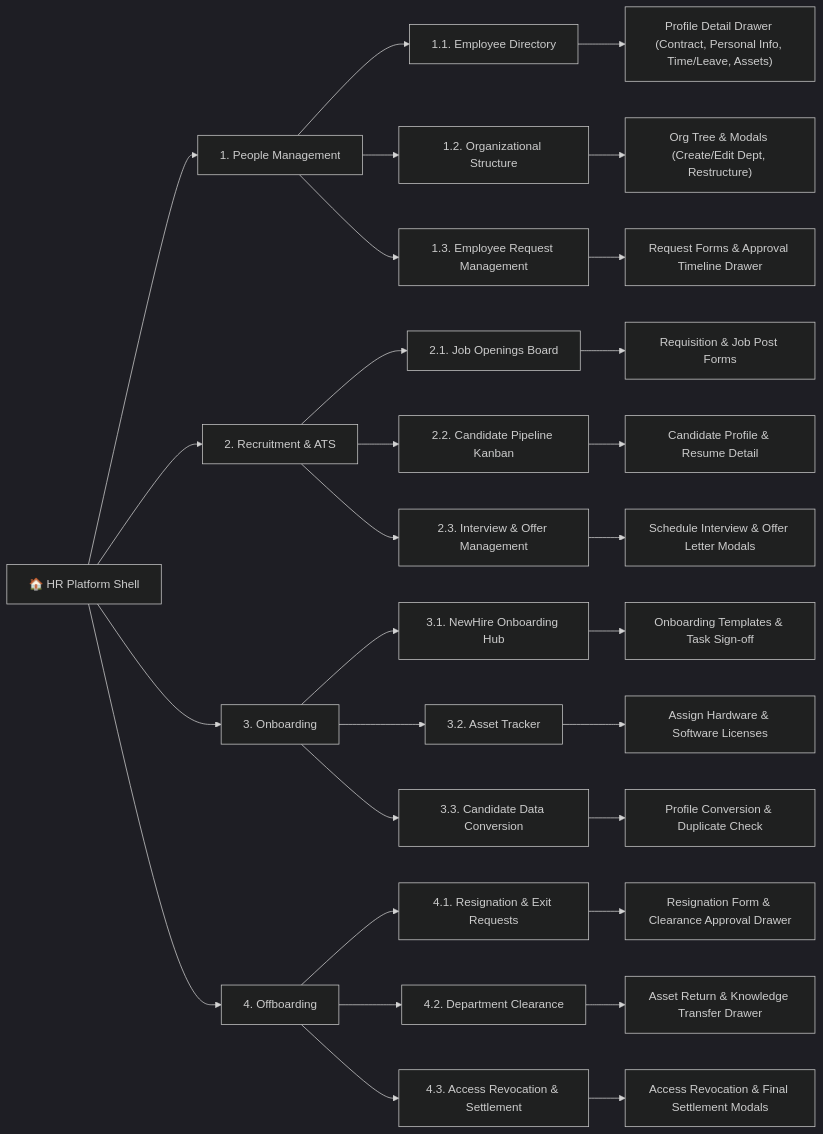
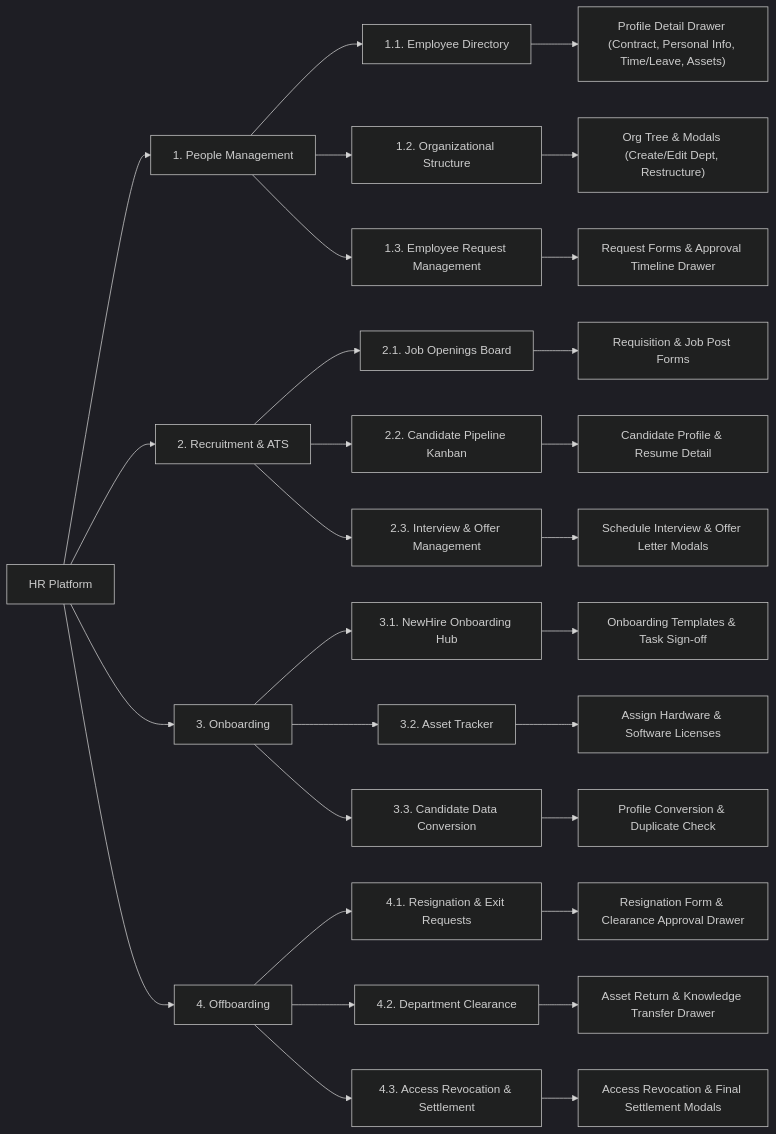
The diagram in IA/README.md (Dikhang1112/Monitoring_HR), drawn with Mermaid (dark theme) before and after one commit. The commit also changed other lines of this file and 1 other file, not shown here.

````diff
--- a/IA/README.md
+++ b/IA/README.md
@@ -18,47 +17,47 @@
 ```mermaid
 flowchart LR
     %% Root Navigation Shell
-    ROOT["🏠 HR Platform Shell"]
+    ROOT["HR Platform"]
 
     %% Main Page Routes
     ROOT --> PPL["1. People Management"]
     ROOT --> REC["2. Recruitment & ATS"]
     ROOT --> ONB["3. Onboarding"]
     ROOT --> OFF["4. Offboarding"]
 
     %% 1. People Management Nodes
     PPL --> P_EMP["1.1. Employee Directory"]
     PPL --> P_ORG["1.2. Organizational Structure"]
     PPL --> P_REQ["1.3. Employee Request Management"]
 
     P_EMP --> P_EMP_DET["Profile Detail Drawer (Contract, Personal Info, Time/Leave, Assets)"]
     P_ORG --> P_ORG_MOD["Org Tree & Modals (Create/Edit Dept, Restructure)"]
     P_REQ --> P_REQ_MOD["Request Forms & Approval Timeline Drawer"]
 
     %% 2. Recruitment & ATS Nodes
     REC --> R_JOB["2.1. Job Openings Board"]
     REC --> R_KAN["2.2. Candidate Pipeline Kanban"]
     REC --> R_INT["2.3. Interview & Offer Management"]
 
     R_JOB --> R_JOB_MOD["Requisition & Job Post Forms"]
     R_KAN --> R_KAN_DET["Candidate Profile & Resume Detail"]
     R_INT --> R_INT_MOD["Schedule Interview & Offer Letter Modals"]
 
     %% 3. Onboarding Nodes
     ONB --> O_HUB["3.1. NewHire Onboarding Hub"]
     ONB --> O_AST["3.2. Asset Tracker"]
     ONB --> O_DAT["3.3. Candidate Data Conversion"]
 
     O_HUB --> O_HUB_MOD["Onboarding Templates & Task Sign-off"]
     O_AST --> O_AST_MOD["Assign Hardware & Software Licenses"]
     O_DAT --> O_DAT_MOD["Profile Conversion & Duplicate Check"]
 
     %% 4. Offboarding Nodes
     OFF --> F_RES["4.1. Resignation & Exit Requests"]
     OFF --> F_CLR["4.2. Department Clearance"]
     OFF --> F_SET["4.3. Access Revocation & Settlement"]
 
     F_RES --> F_RES_MOD["Resignation Form & Clearance Approval Drawer"]
     F_CLR --> F_CLR_MOD["Asset Return & Knowledge Transfer Drawer"]
     F_SET --> F_SET_MOD["Access Revocation & Final Settlement Modals"]
 ```
````
